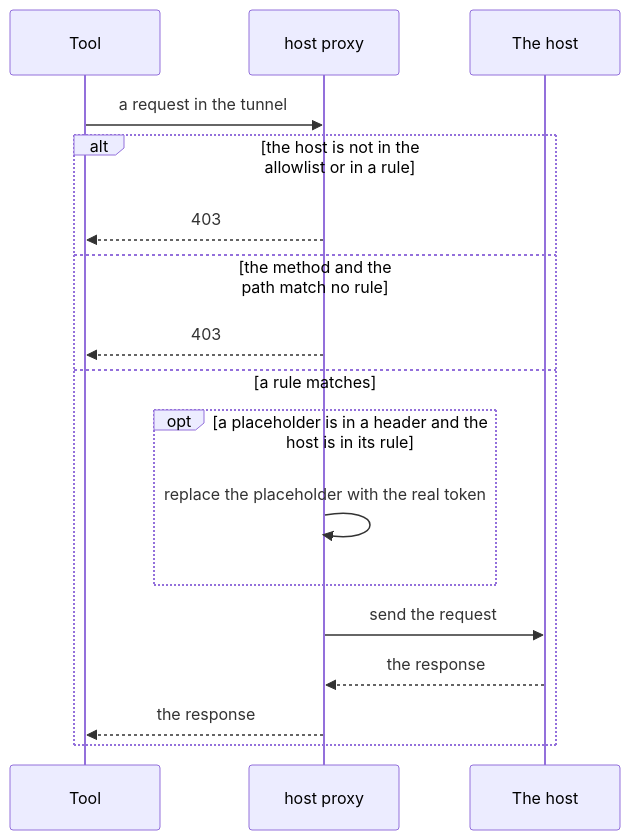
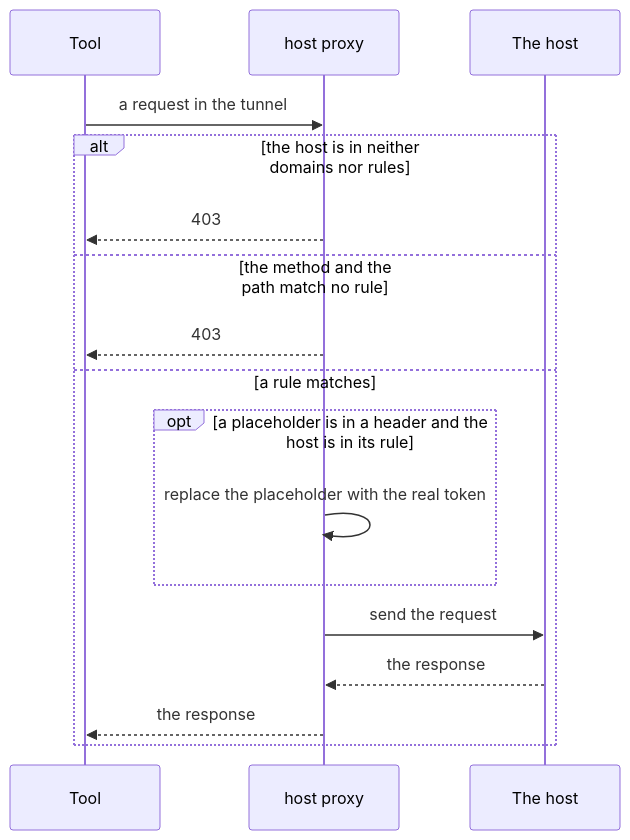
The second of 4 diagrams in .sandbox/docs/internals.md (raghav19/engineersdaybook), drawn with Mermaid before and after one commit. The commit also changed other lines of this file and 6 other files, not shown here.

````diff
--- a/.sandbox/docs/internals.md
+++ b/.sandbox/docs/internals.md
@@ -52,19 +52,19 @@
 ```mermaid
 sequenceDiagram
     participant Tool
     participant Proxy as host proxy
     participant Host as The host
     Tool->>Proxy: a request in the tunnel
-    alt the host is not in the allowlist or in a rule
+    alt the host is in neither domains nor rules
         Proxy-->>Tool: 403
     else the method and the path match no rule
         Proxy-->>Tool: 403
     else a rule matches
         opt a placeholder is in a header and the host is in its rule
             Proxy->>Proxy: replace the placeholder with the real token
         end
         Proxy->>Host: send the request
         Host-->>Proxy: the response
         Proxy-->>Tool: the response
     end
 ```
````
